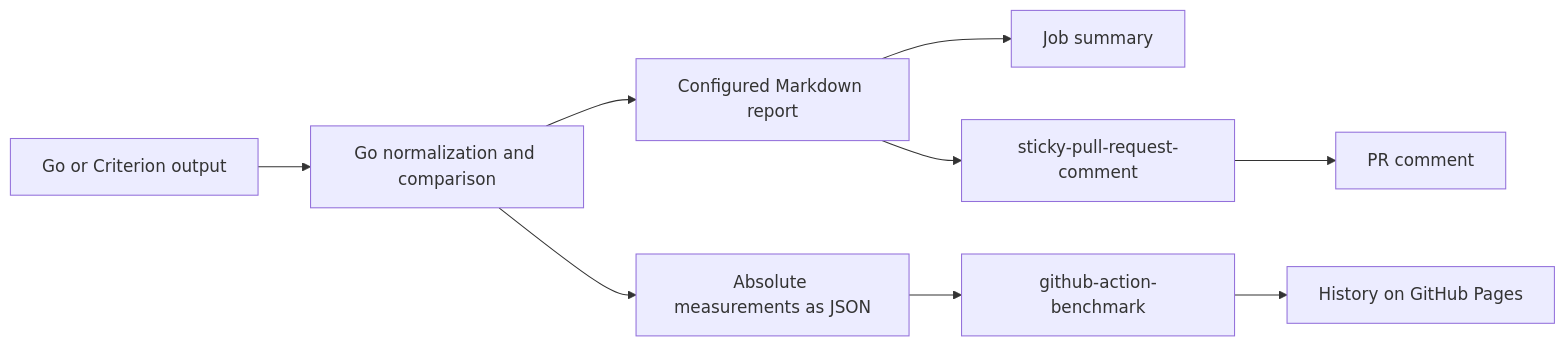
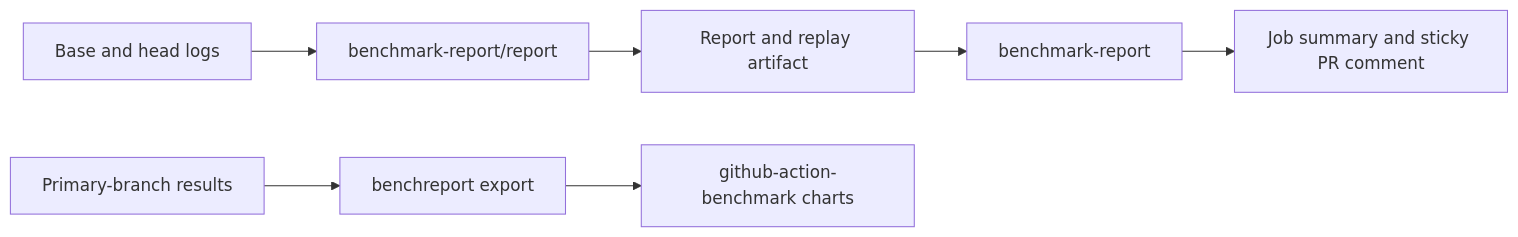
Before and after one commit to sshaplygin/benchmark-report: the diagram in README.md, drawn with Mermaid. The commit also changed other lines of this file and 23 other files, not shown here.

````diff
--- a/README.md
+++ b/README.md
@@ -25,11 +17,9 @@
 ```mermaid
 flowchart LR
-    A[Go or Criterion output] --> B[Go normalization and comparison]
-    B --> C[Configured Markdown report]
-    B --> D[Absolute measurements as JSON]
-    C --> E[Job summary]
-    C --> H[sticky-pull-request-comment]
-    H --> I[PR comment]
-    D --> F[github-action-benchmark]
-    F --> G[History on GitHub Pages]
+    A[Base and head logs] --> B[benchmark-report/report]
+    B --> C[Report and replay artifact]
+    C --> D[benchmark-report]
+    D --> E[Job summary and sticky PR comment]
+    H[Primary-branch results] --> F[benchreport export]
+    F --> G[github-action-benchmark charts]
 ```
````
